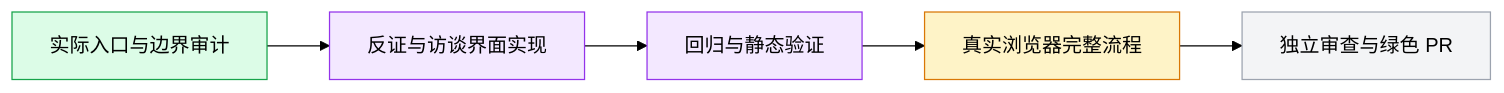
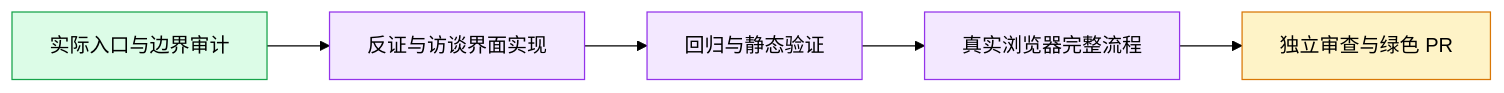
One commit to boardx/workspacex changed the diagram in docs/design/i18n-interview-journey/plan.md. Above: the diagram before and after it, drawn with Mermaid (forest theme). The commit also changed other lines of this file and 29 other files, not shown here.

````diff
--- a/docs/design/i18n-interview-journey/plan.md
+++ b/docs/design/i18n-interview-journey/plan.md
@@ -5,13 +5,13 @@
 ```mermaid
 flowchart LR
  A[实际入口与边界审计] --> B[反证与访谈界面实现] --> C[回归与静态验证] --> D[真实浏览器完整流程] --> E[独立审查与绿色 PR]
  classDef done fill:#dcfce7,stroke:#16a34a
  classDef tested fill:#f3e8ff,stroke:#9333ea
  classDef active fill:#fef3c7,stroke:#d97706
  classDef pending fill:#f3f4f6,stroke:#9ca3af
  class A done
  class B tested
  class C tested
- class D active
- class E pending
+ class D tested
+ class E active
 ```
````
